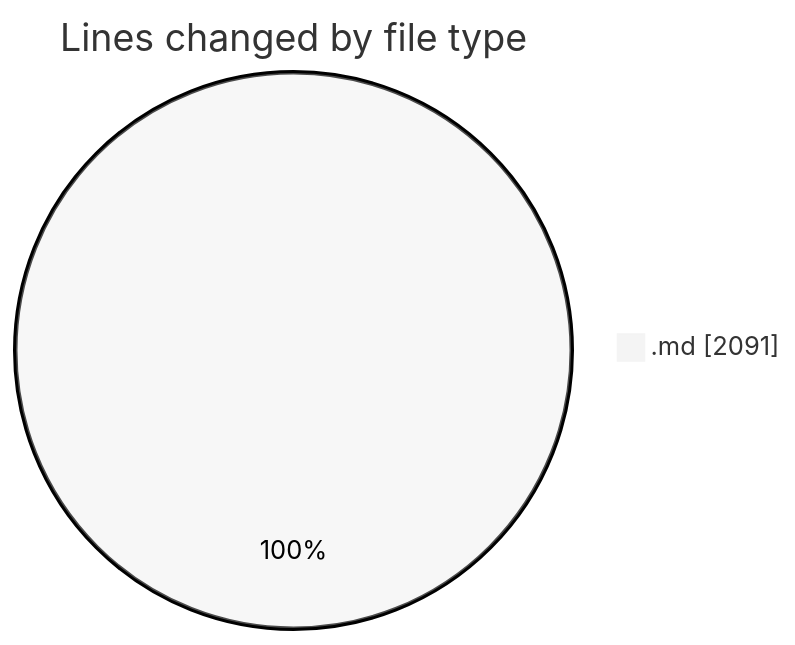
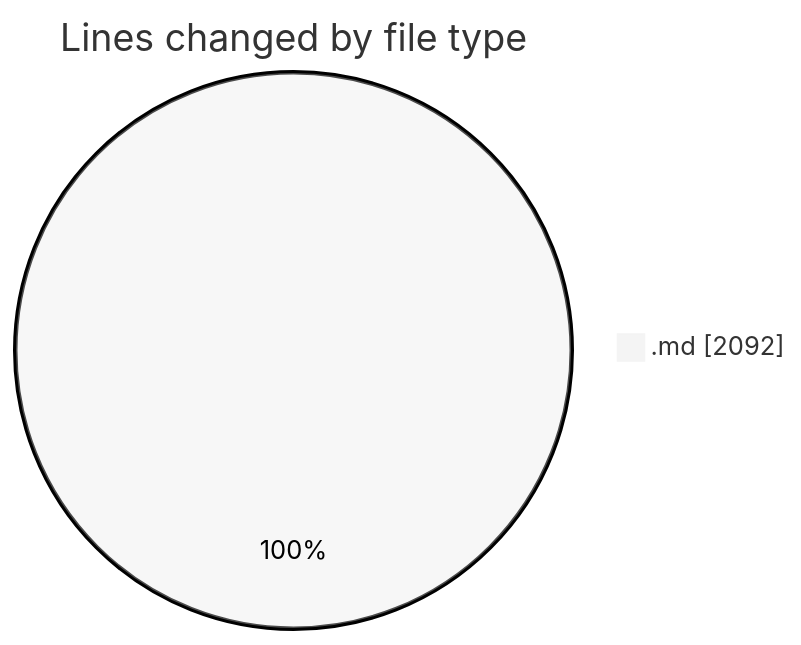
One commit to Ritupan-Deka/code-tracking changed the first of 2 diagrams in 2025-07-07/urlwebwala_intership_work/README.md. Above: the diagram before and after it, drawn with Mermaid (neutral theme). The commit also changed other lines of this file and 1 other file, not shown here.

````diff
--- a/2025-07-07/urlwebwala_intership_work/README.md
+++ b/2025-07-07/urlwebwala_intership_work/README.md
@@ -22,5 +22,5 @@
 ```mermaid
 pie showData
 title Lines changed by file type
-".md" : 2091
+".md" : 2092
 ```
````
